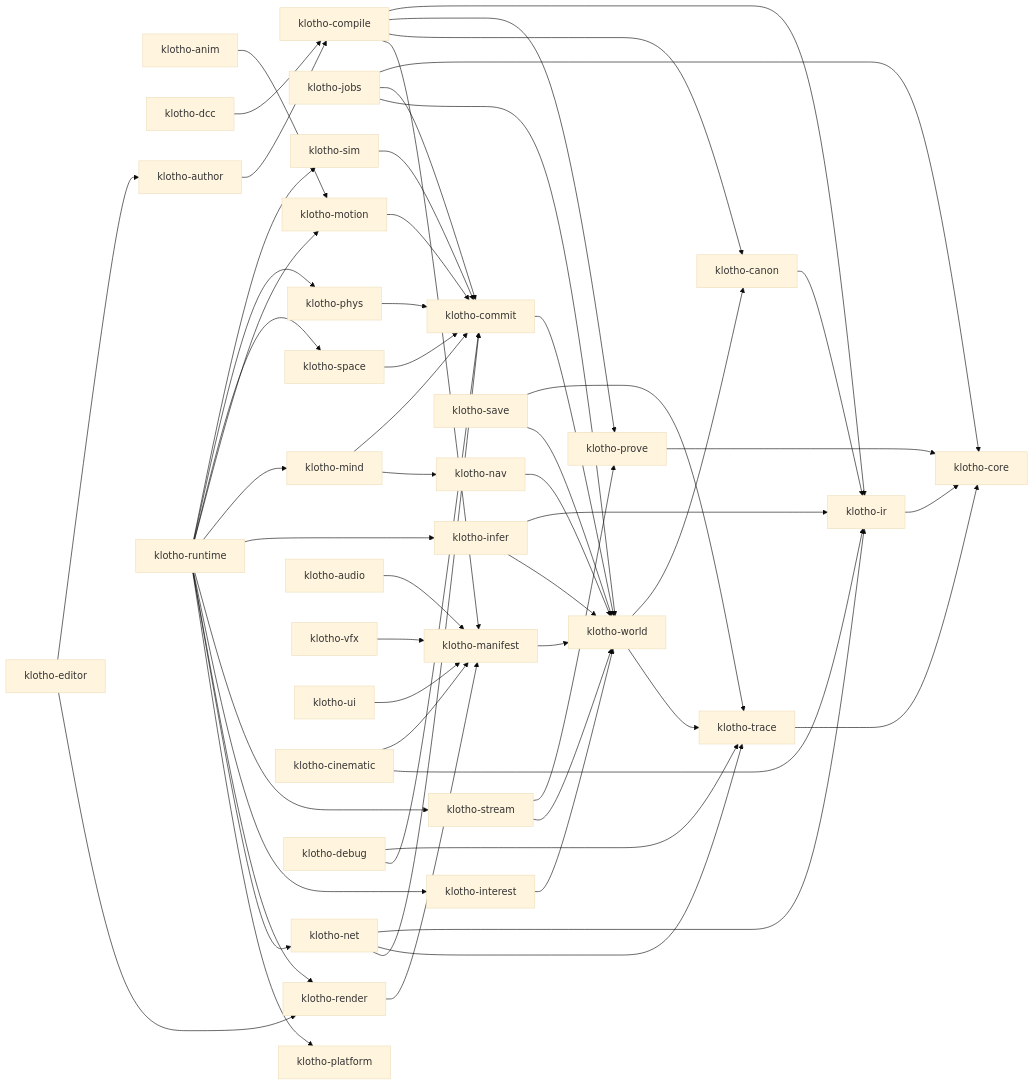
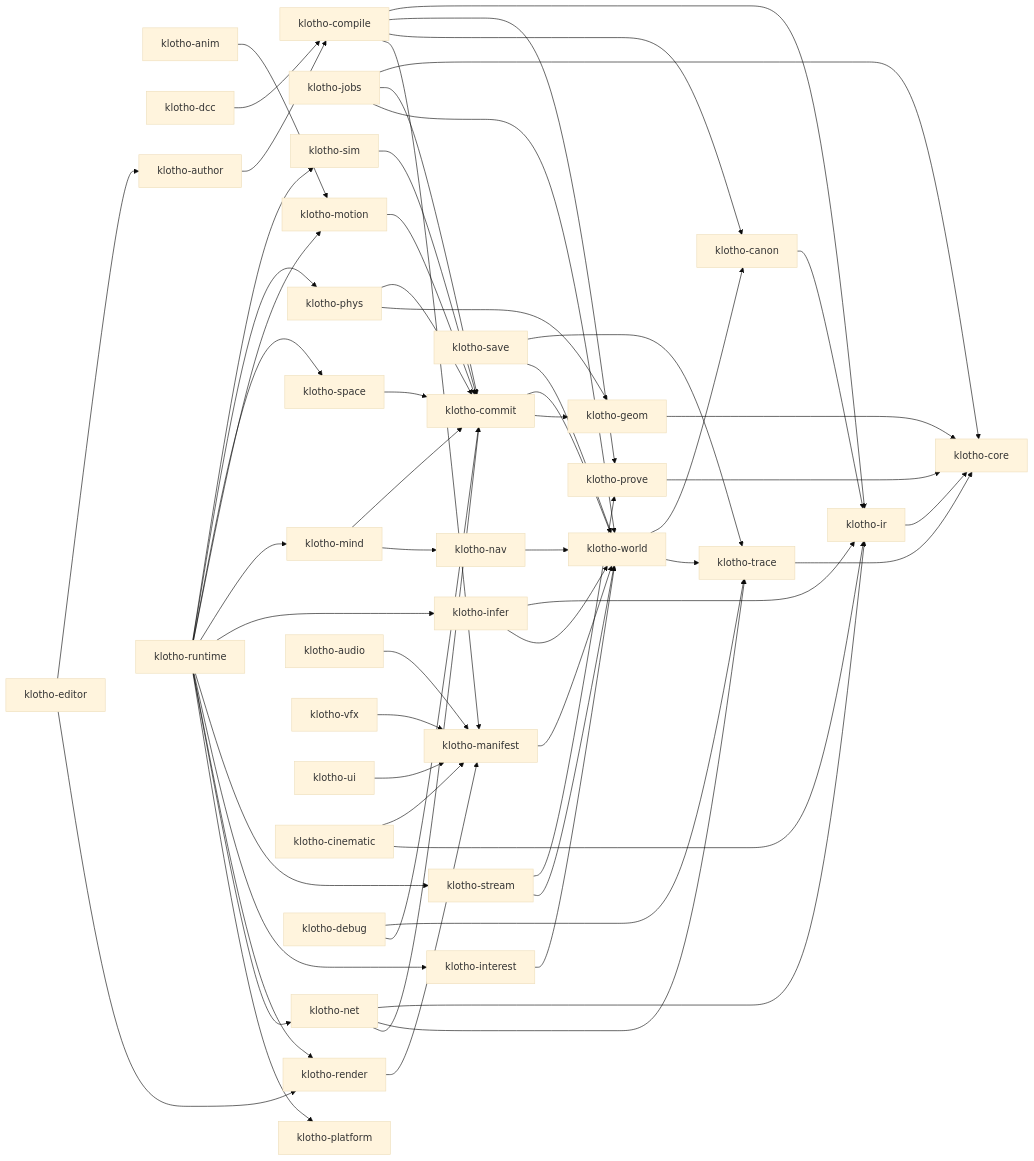
The second of 7 diagrams in docs/hld.md (galkatz373/klotho), drawn with Mermaid (base theme) before and after one commit. The commit also changed other lines of this file and 1 other file, not shown here.

Commit message:
PHYS-A01: freeze physics authority and transactions

```diff
--- a/docs/hld.md
+++ b/docs/hld.md
@@ -409,6 +416,7 @@
   trace[klotho-trace]
   world[klotho-world]
   commit[klotho-commit]
+  geom[klotho-geom]
   sim[klotho-sim]
   interest[klotho-interest]
   jobs[klotho-jobs]
@@ -443,12 +451,15 @@
   world --> canon
   world --> trace
   commit --> world
+  geom --> core
+  commit --> geom
   sim --> commit
   interest --> world
   jobs --> core
   jobs --> commit
   jobs --> world
   phys --> commit
+  phys --> geom
   space --> commit
   motion --> commit
   anim --> motion
```
